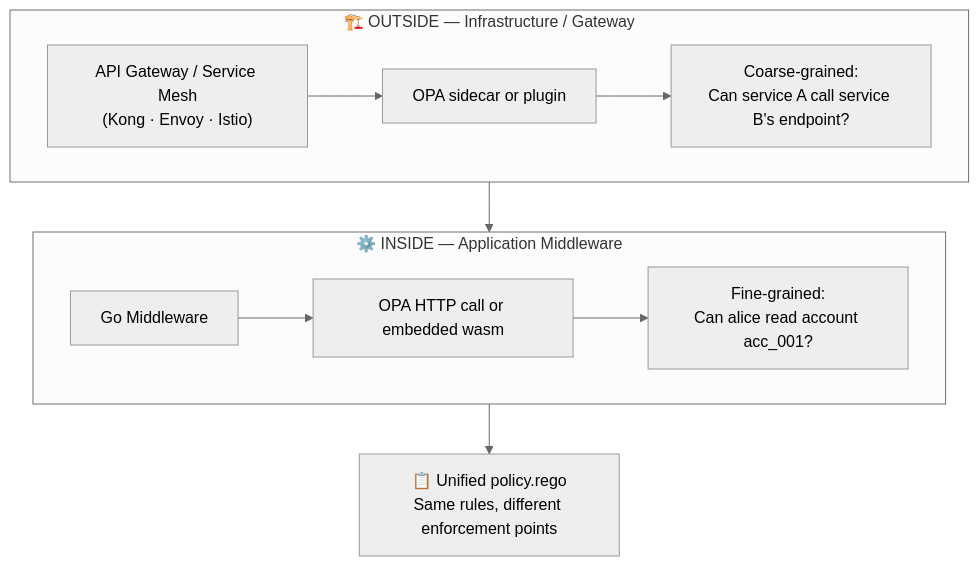
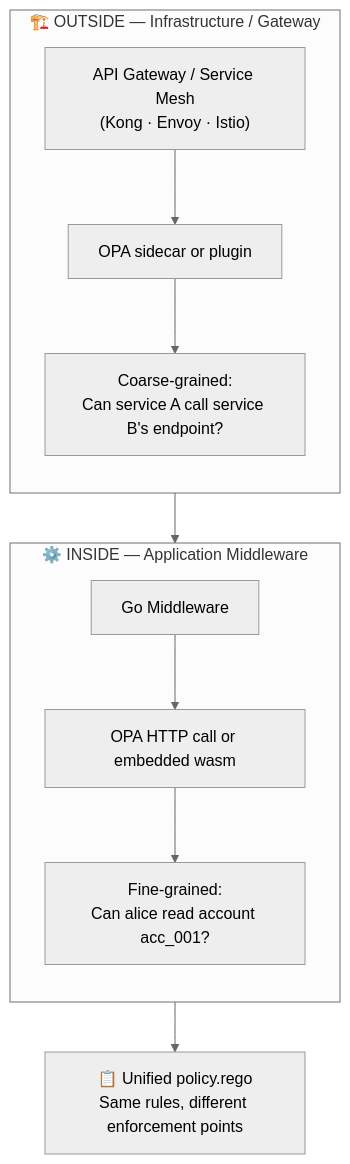
The fifth of 8 diagrams in internal/fundamentals/security-and-observability/02-policy-as-code.md (romangurevitch/GoTraining), drawn with Mermaid (neutral theme) before and after one commit. The commit also changed other lines of this file and 20 other files, not shown here.

````diff
--- a/internal/fundamentals/security-and-observability/02-policy-as-code.md
+++ b/internal/fundamentals/security-and-observability/02-policy-as-code.md
@@ -111,21 +111,23 @@
 ```mermaid
-graph TB
+graph TD
     subgraph Outside["🏗️ OUTSIDE — Infrastructure / Gateway"]
+        direction TB
         GW["API Gateway / Service Mesh<br/>(Kong · Envoy · Istio)"]
         GW_OPA["OPA sidecar or plugin"]
         COARSE["Coarse-grained:<br/>Can service A call service B's endpoint?"]
         GW --> GW_OPA --> COARSE
     end
 
     subgraph Inside["⚙️ INSIDE — Application Middleware"]
+        direction TB
         APP["Go Middleware"]
         APP_OPA["OPA HTTP call or embedded wasm"]
         FINE["Fine-grained:<br/>Can alice read account acc_001?"]
         APP --> APP_OPA --> FINE
     end
 
     UNIFIED["📋 Unified policy.rego<br/>Same rules, different enforcement points"]
 
     Outside --> Inside
     Inside --> UNIFIED
 ```
````
